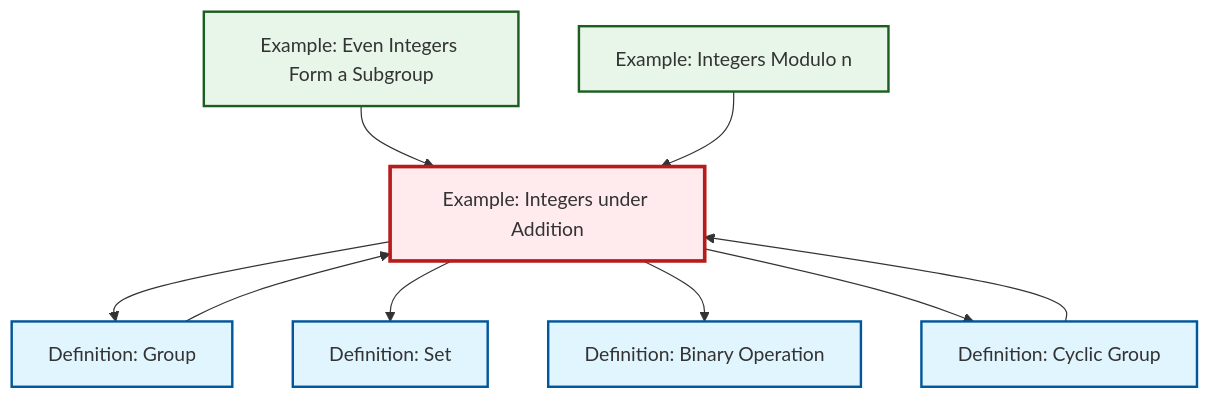
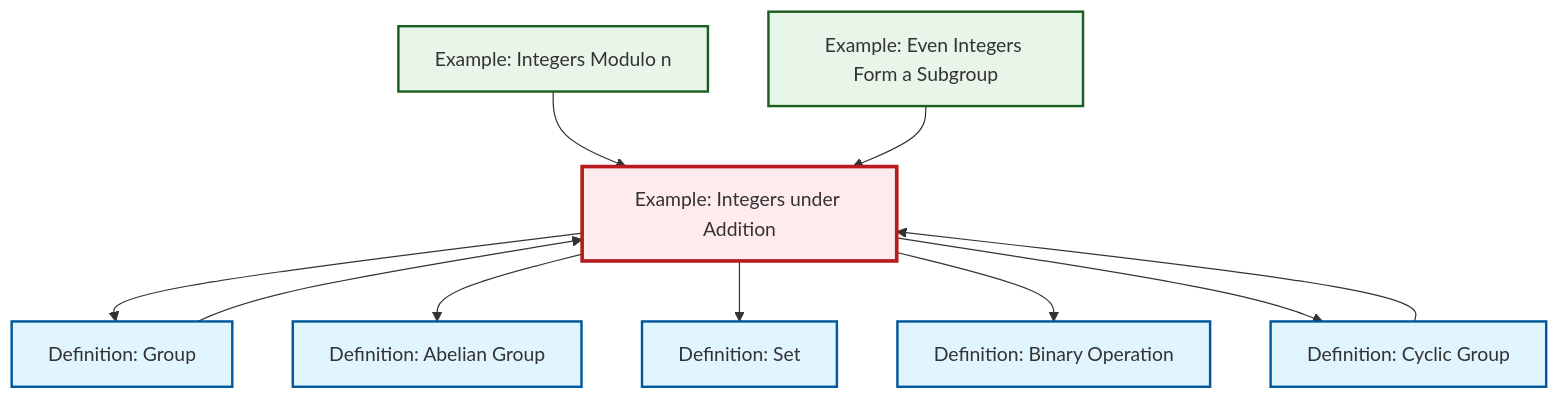
The diagram in content/en/algebra/ex-integers-addition.qmd (RK0429/ModernMath), drawn with Mermaid before and after one commit. The commit also changed 474 other files, not shown here.

````diff
--- a/content/en/algebra/ex-integers-addition.qmd
+++ b/content/en/algebra/ex-integers-addition.qmd
@@ -73,31 +73,34 @@
 ```{mermaid}
 %%| fig-cap: "Local dependency graph"
 graph TD
     classDef definition fill:#e1f5fe,stroke:#01579b,stroke-width:2px
     classDef theorem fill:#f3e5f5,stroke:#4a148c,stroke-width:2px
     classDef axiom fill:#fff3e0,stroke:#e65100,stroke-width:2px
     classDef example fill:#e8f5e9,stroke:#1b5e20,stroke-width:2px
     classDef current fill:#ffebee,stroke:#b71c1c,stroke-width:3px
+    def-abelian-group["Definition: Abelian Group"]:::definition
+    ex-integers-addition["Example: Integers under Addition"]:::example
     def-set["Definition: Set"]:::definition
     ex-quotient-integers-mod-n["Example: Integers Modulo n"]:::example
+    def-cyclic-group["Definition: Cyclic Group"]:::definition
+    ex-even-integers-subgroup["Example: Even Integers Form a Subgroup"]:::example
     def-group["Definition: Group"]:::definition
     def-binary-operation["Definition: Binary Operation"]:::definition
-    ex-integers-addition["Example: Integers under Addition"]:::example
-    ex-even-integers-subgroup["Example: Even Integers Form a Subgroup"]:::example
-    def-cyclic-group["Definition: Cyclic Group"]:::definition
+    ex-quotient-integers-mod-n --> ex-integers-addition
     ex-integers-addition --> def-group
+    def-cyclic-group --> ex-integers-addition
+    ex-integers-addition --> def-abelian-group
+    def-group --> ex-integers-addition
+    ex-integers-addition --> def-set
+    ex-integers-addition --> def-binary-operation
+    ex-integers-addition --> def-cyclic-group
     ex-even-integers-subgroup --> ex-integers-addition
-    ex-integers-addition --> def-set
-    def-cyclic-group --> ex-integers-addition
-    ex-integers-addition --> def-binary-operation
-    def-group --> ex-integers-addition
-    ex-integers-addition --> def-cyclic-group
-    ex-quotient-integers-mod-n --> ex-integers-addition
     class ex-integers-addition current
+    click def-abelian-group "def-abelian-group.html" "Go to Abelian Group definition"
     click def-set "def-set.html" "Go to Set definition"
     click ex-quotient-integers-mod-n "ex-quotient-integers-mod-n.html" "Go to Integers Modulo n example"
+    click def-cyclic-group "def-cyclic-group.html" "Go to Cyclic Group definition"
+    click ex-even-integers-subgroup "ex-even-integers-subgroup.html" "Go to Even Integers Form a Subgroup example"
     click def-group "def-group.html" "Go to Group definition"
     click def-binary-operation "def-binary-operation.html" "Go to Binary Operation definition"
-    click ex-even-integers-subgroup "ex-even-integers-subgroup.html" "Go to Even Integers Form a Subgroup example"
-    click def-cyclic-group "def-cyclic-group.html" "Go to Cyclic Group definition"
 ```
````
